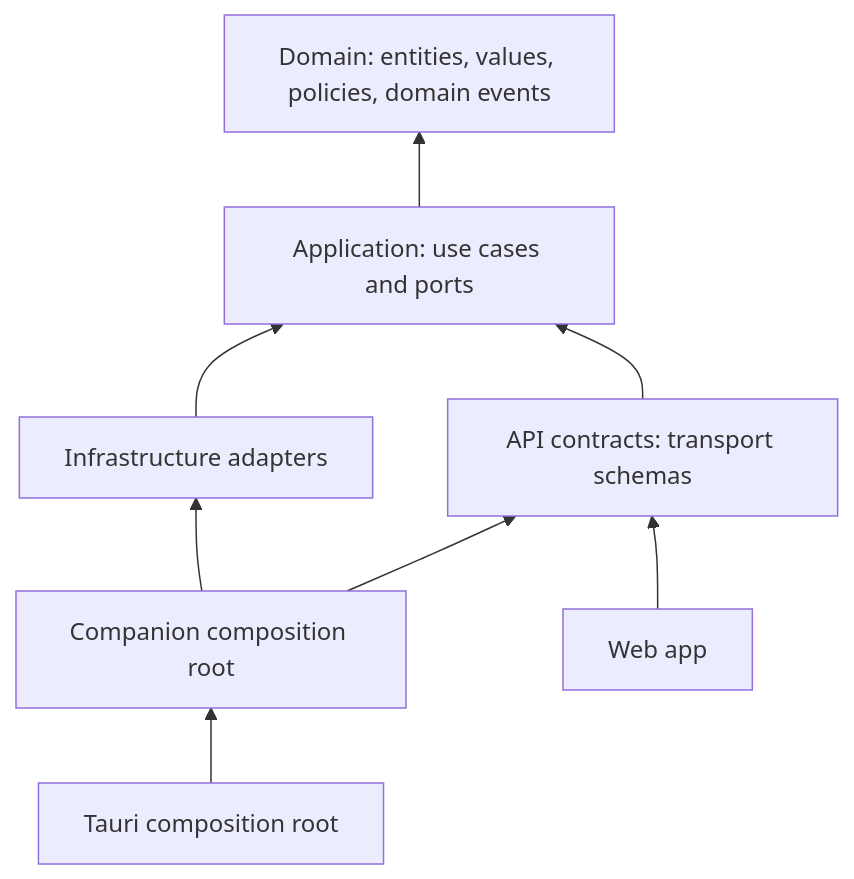
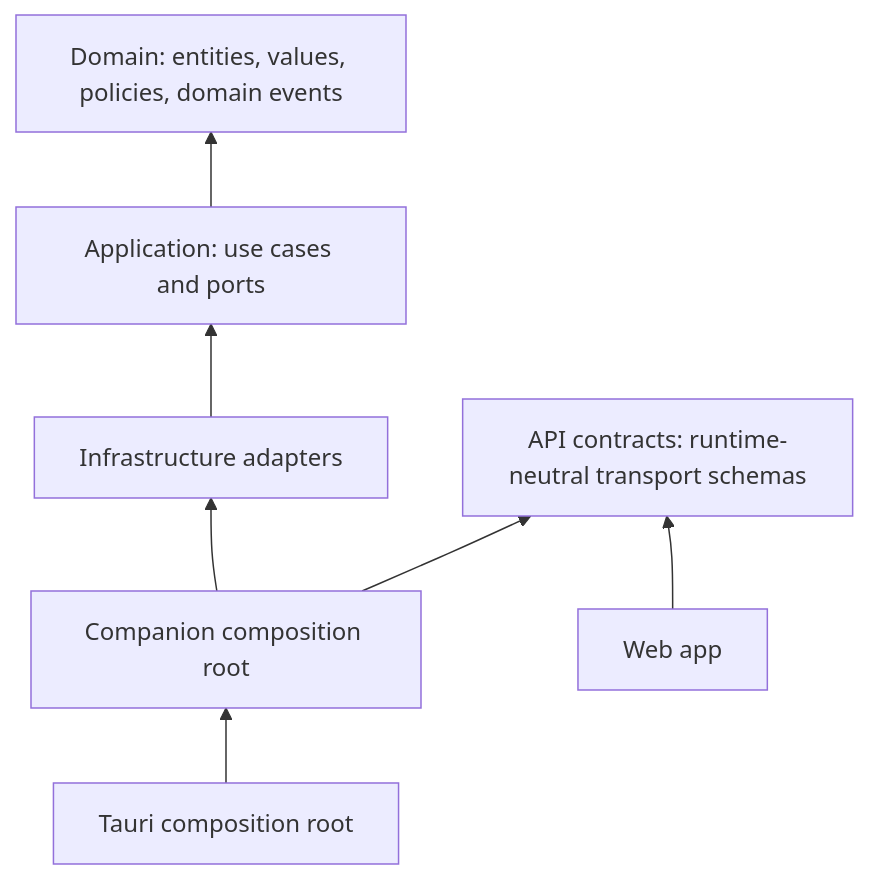
One commit to xavierroma/tan-studio changed the fifth of 9 diagrams in docs/04-technical-specification.md. Above: the diagram before and after it, drawn with Mermaid. The commit also changed other lines of this file and 1 other file, not shown here.

Commit message:
docs: harden Tan Studio implementation contracts

````diff
--- a/docs/04-technical-specification.md
+++ b/docs/04-technical-specification.md
@@ -175,11 +204,11 @@
 ```mermaid
 flowchart BT
     Domain["Domain: entities, values, policies, domain events"]
     Application["Application: use cases and ports"] --> Domain
-    Contracts["API contracts: transport schemas"] --> Application
+    Contracts["API contracts: runtime-neutral transport schemas"]
     Infrastructure["Infrastructure adapters"] --> Application
     Companion["Companion composition root"] --> Infrastructure
     Companion --> Contracts
     Web["Web app"] --> Contracts
     Desktop["Tauri composition root"] --> Companion
 ```
````
